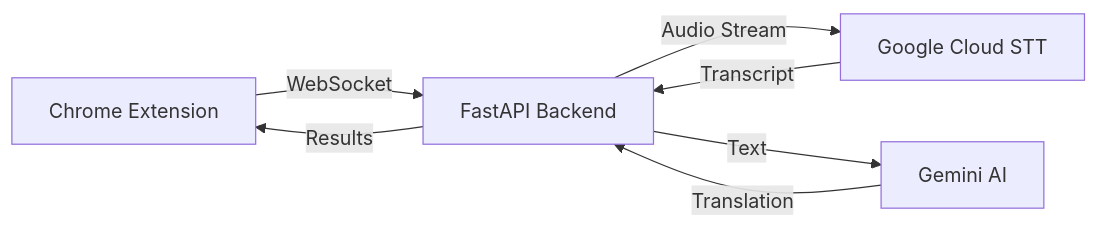
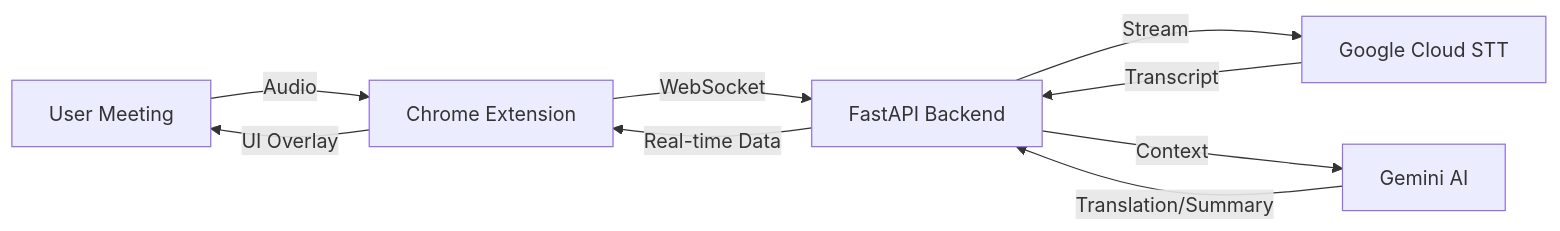
One commit to ticoxz/LanguageBridge changed the diagram in README.md. Above: the diagram before and after it, drawn with Mermaid. The commit also changed other lines of this file and 6 other files, not shown here.

````diff
--- a/README.md
+++ b/README.md
@@ -115,9 +80,11 @@
 ```mermaid
 graph LR
-    A[Chrome Extension] -->|WebSocket| B[FastAPI Backend]
-    B -->|Audio Stream| C[Google Cloud STT]
-    B -->|Text| D[Gemini AI]
-    C -->|Transcript| B
-    D -->|Translation| B
-    B -->|Results| A
+    User[User Meeting] -->|Audio| Ext[Chrome Extension]
+    Ext -->|WebSocket| API[FastAPI Backend]
+    API -->|Stream| Google[Google Cloud STT]
+    API -->|Context| Gemini[Gemini AI]
+    Google -->|Transcript| API
+    Gemini -->|Translation/Summary| API
+    API -->|Real-time Data| Ext
+    Ext -->|UI Overlay| User
 ```
````
